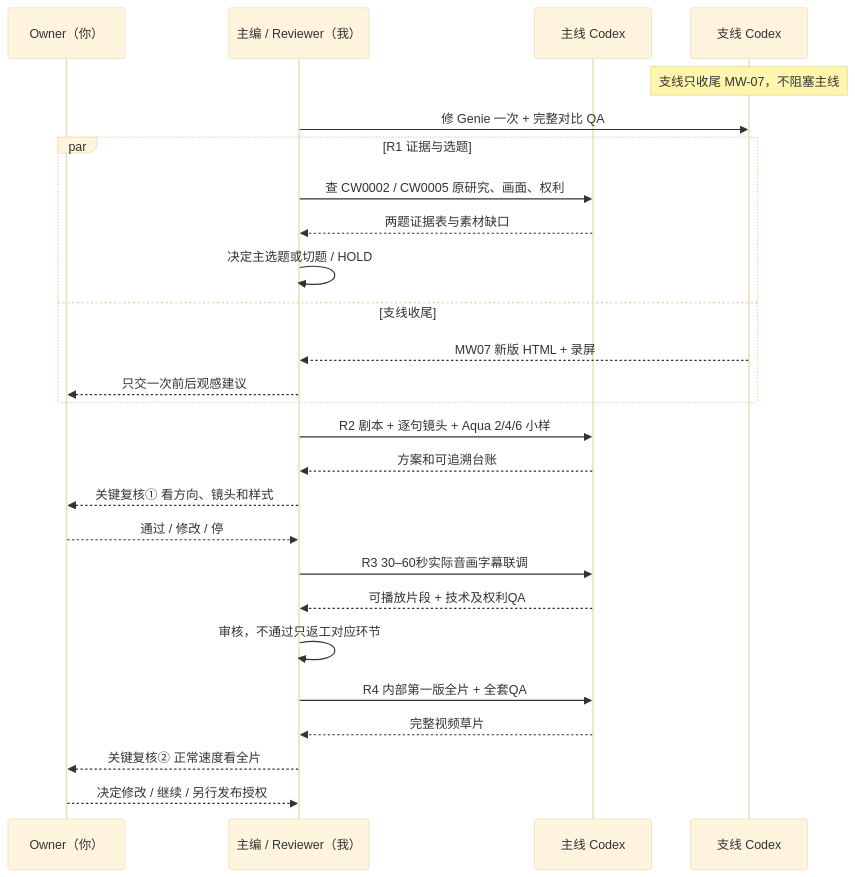
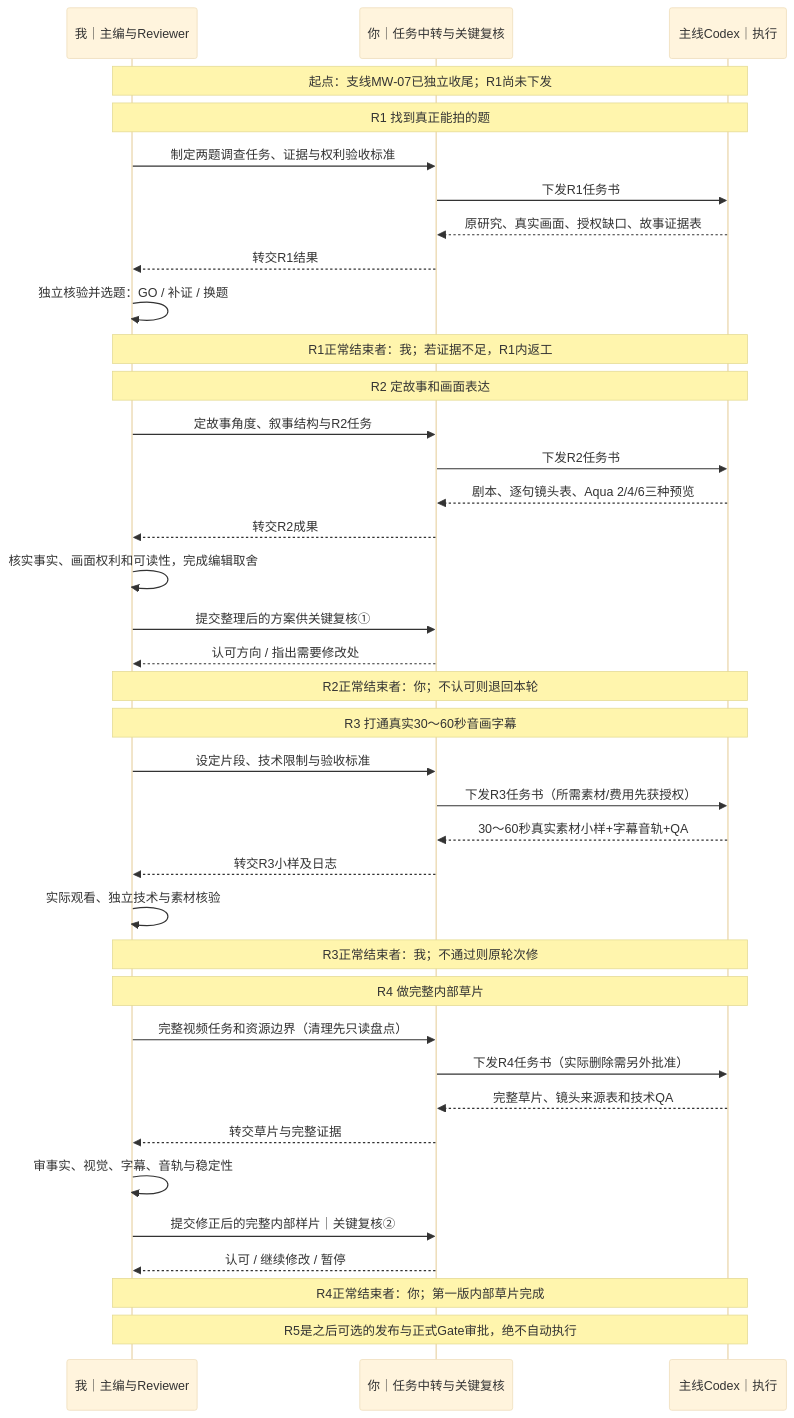
Before and after one commit to entropy-student/project: the diagram in curious-world-studio/docs/P4_MAINLINE_COLLAB_SWIMLANE_4_ROUNDS_2026-10-11.md, drawn with Mermaid (base theme). The commit also changed other lines of this file, not shown here.

Commit message:
docs(cws): redraw 3-lane four-round mainline after Mac side closes

````diff
--- a/curious-world-studio/docs/P4_MAINLINE_COLLAB_SWIMLANE_4_ROUNDS_2026-10-11.md
+++ b/curious-world-studio/docs/P4_MAINLINE_COLLAB_SWIMLANE_4_ROUNDS_2026-10-11.md
@@ -20,28 +11,46 @@
 ```mermaid
 sequenceDiagram
-    participant O as Owner（你）
-    participant R as 主编 / Reviewer（我）
-    participant C as 主线 Codex
-    participant S as 支线 Codex
-    Note over S: 支线只收尾 MW-07，不阻塞主线
-    R->>S: 修 Genie 一次 + 完整对比 QA
-    par R1 证据与选题
-        R->>C: 查 CW0002 / CW0005 原研究、画面、权利
-        C-->>R: 两题证据表与素材缺口
-        R->>R: 决定主选题或切题 / HOLD
-    and 支线收尾
-        S-->>R: MW07 新版 HTML + 录屏
-        R-->>O: 只交一次前后观感建议
-    end
-    R->>C: R2 剧本 + 逐句镜头 + Aqua 2/4/6 小样
-    C-->>R: 方案和可追溯台账
-    R-->>O: 关键复核① 看方向、镜头和样式
-    O-->>R: 通过 / 修改 / 停
-    R->>C: R3 30–60秒实际音画字幕联调
-    C-->>R: 可播放片段 + 技术及权利QA
-    R->>R: 审核，不通过只返工对应环节
-    R->>C: R4 内部第一版全片 + 全套QA
-    C-->>R: 完整视频草片
-    R-->>O: 关键复核② 正常速度看全片
-    O-->>R: 决定修改 / 继续 / 另行发布授权
+    participant A as 我｜主编与Reviewer
+    participant O as 你｜任务中转与关键复核
+    participant C as 主线Codex｜执行
+
+    Note over A,C: 起点：支线MW-07已独立收尾；R1尚未下发
+
+    Note over A,C: R1 找到真正能拍的题
+    A->>O: 制定两题调查任务、证据与权利验收标准
+    O->>C: 下发R1任务书
+    C-->>O: 原研究、真实画面、授权缺口、故事证据表
+    O-->>A: 转交R1结果
+    A->>A: 独立核验并选题：GO / 补证 / 换题
+    Note over A,C: R1正常结束者：我；若证据不足，R1内返工
+
+    Note over A,C: R2 定故事和画面表达
+    A->>O: 定故事角度、叙事结构与R2任务
+    O->>C: 下发R2任务书
+    C-->>O: 剧本、逐句镜头表、Aqua 2/4/6三种预览
+    O-->>A: 转交R2成果
+    A->>A: 核实事实、画面权利和可读性，完成编辑取舍
+    A->>O: 提交整理后的方案供关键复核①
+    O-->>A: 认可方向 / 指出需要修改处
+    Note over A,C: R2正常结束者：你；不认可则退回本轮
+
+    Note over A,C: R3 打通真实30～60秒音画字幕
+    A->>O: 设定片段、技术限制与验收标准
+    O->>C: 下发R3任务书（所需素材/费用先获授权）
+    C-->>O: 30～60秒真实素材小样+字幕音轨+QA
+    O-->>A: 转交R3小样及日志
+    A->>A: 实际观看、独立技术与素材核验
+    Note over A,C: R3正常结束者：我；不通过则原轮次修
+
+    Note over A,C: R4 做完整内部草片
+    A->>O: 完整视频任务和资源边界（清理先只读盘点）
+    O->>C: 下发R4任务书（实际删除需另外批准）
+    C-->>O: 完整草片、镜头来源表和技术QA
+    O-->>A: 转交草片与完整证据
+    A->>A: 审事实、视觉、字幕、音轨与稳定性
+    A->>O: 提交修正后的完整内部样片｜关键复核②
+    O-->>A: 认可 / 继续修改 / 暂停
+    Note over A,C: R4正常结束者：你；第一版内部草片完成
+
+    Note over A,C: R5是之后可选的发布与正式Gate审批，绝不自动执行
 ```
````
